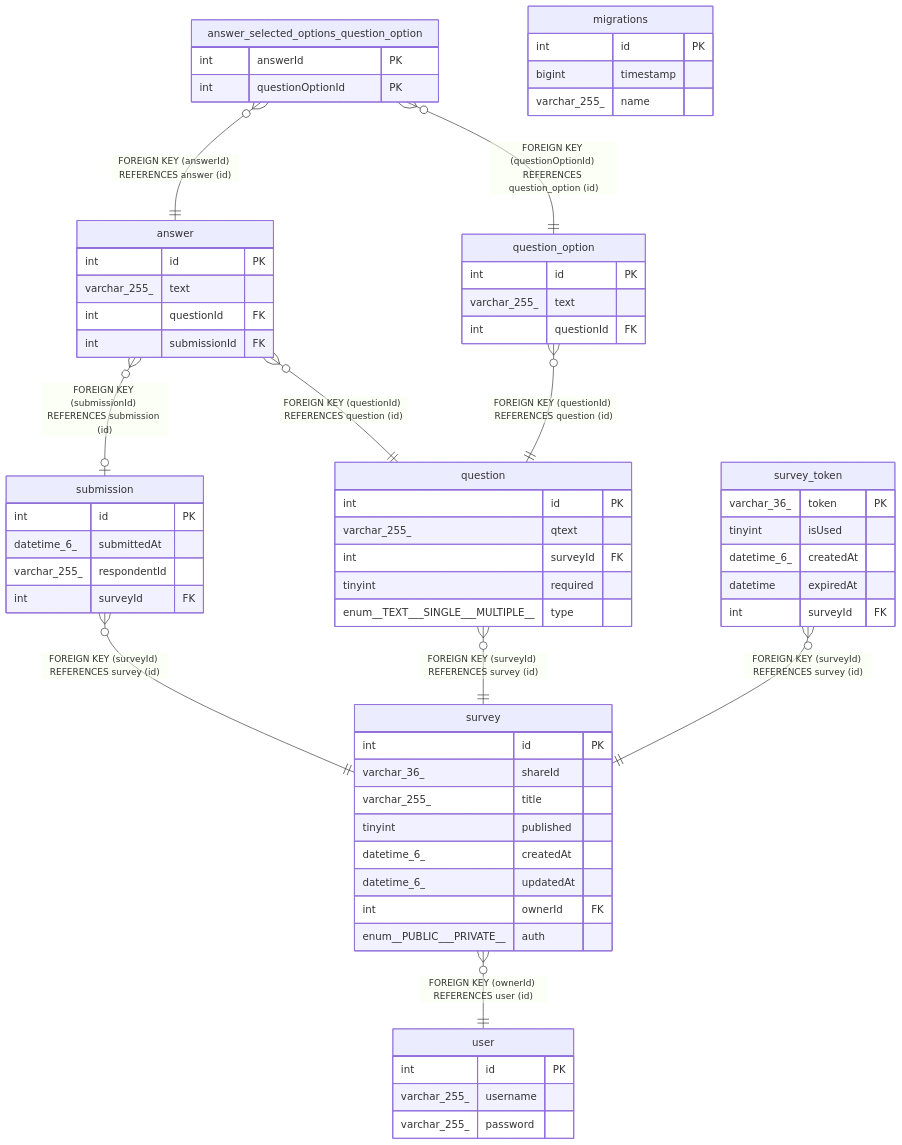
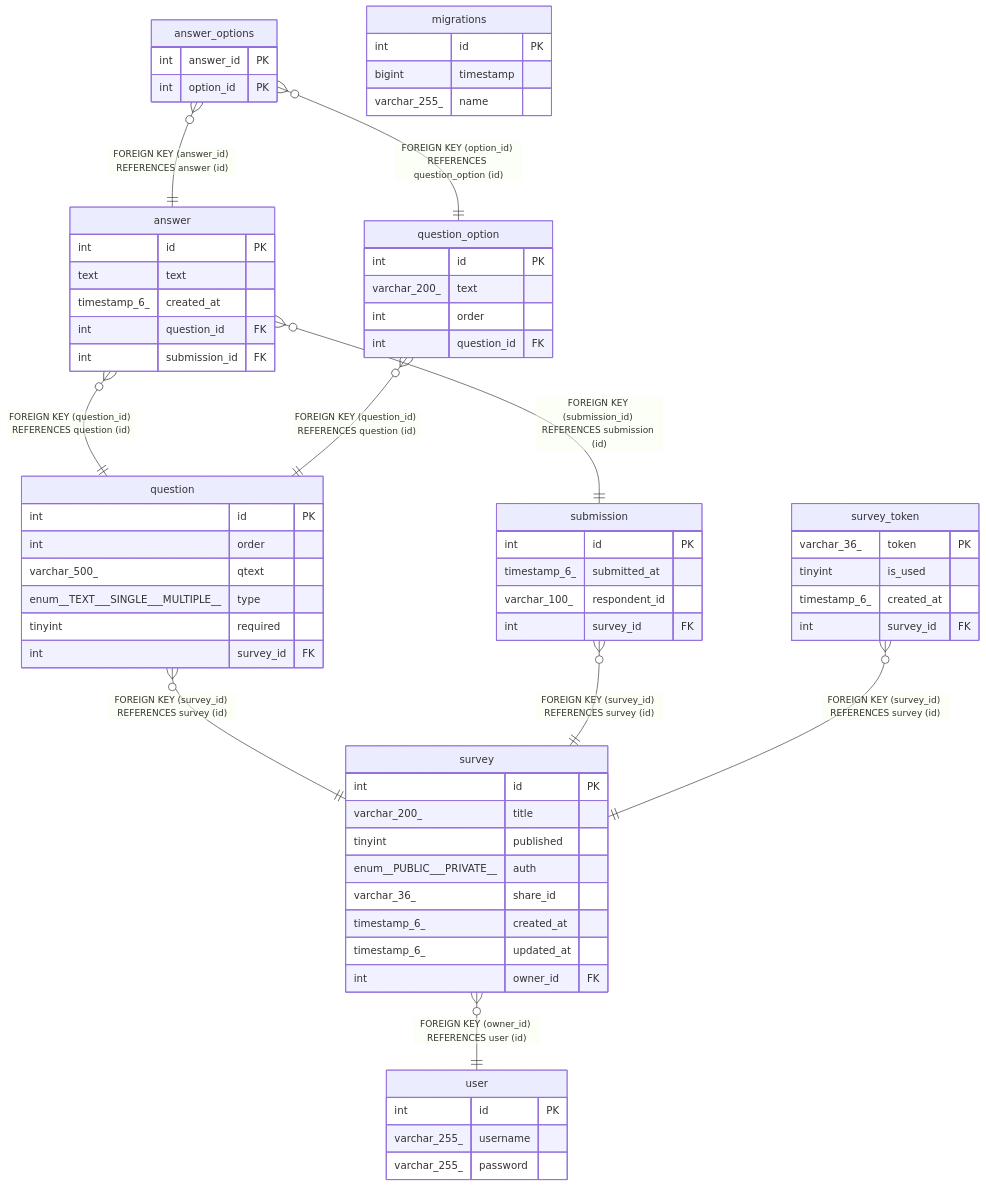
One commit to BepHblVI/First-nest changed the diagram in docs/database/README.md. Above: the diagram before and after it, drawn with Mermaid. The commit also changed other lines of this file and 47 other files, not shown here.

````diff
--- a/docs/database/README.md
+++ b/docs/database/README.md
@@ -19,69 +19,71 @@
 ```mermaid
 erDiagram
 
-"answer" }o--o| "submission" : "FOREIGN KEY (submissionId) REFERENCES submission (id)"
-"answer" }o--|| "question" : "FOREIGN KEY (questionId) REFERENCES question (id)"
-"answer_selected_options_question_option" }o--|| "answer" : "FOREIGN KEY (answerId) REFERENCES answer (id)"
-"answer_selected_options_question_option" }o--|| "question_option" : "FOREIGN KEY (questionOptionId) REFERENCES question_option (id)"
-"question" }o--|| "survey" : "FOREIGN KEY (surveyId) REFERENCES survey (id)"
-"question_option" }o--|| "question" : "FOREIGN KEY (questionId) REFERENCES question (id)"
-"submission" }o--|| "survey" : "FOREIGN KEY (surveyId) REFERENCES survey (id)"
-"survey" }o--|| "user" : "FOREIGN KEY (ownerId) REFERENCES user (id)"
-"survey_token" }o--|| "survey" : "FOREIGN KEY (surveyId) REFERENCES survey (id)"
+"answer" }o--|| "submission" : "FOREIGN KEY (submission_id) REFERENCES submission (id)"
+"answer" }o--|| "question" : "FOREIGN KEY (question_id) REFERENCES question (id)"
+"answer_options" }o--|| "question_option" : "FOREIGN KEY (option_id) REFERENCES question_option (id)"
+"answer_options" }o--|| "answer" : "FOREIGN KEY (answer_id) REFERENCES answer (id)"
+"question" }o--|| "survey" : "FOREIGN KEY (survey_id) REFERENCES survey (id)"
+"question_option" }o--|| "question" : "FOREIGN KEY (question_id) REFERENCES question (id)"
+"submission" }o--|| "survey" : "FOREIGN KEY (survey_id) REFERENCES survey (id)"
+"survey" }o--|| "user" : "FOREIGN KEY (owner_id) REFERENCES user (id)"
+"survey_token" }o--|| "survey" : "FOREIGN KEY (survey_id) REFERENCES survey (id)"
 
 "answer" {
   int id PK
-  varchar_255_ text
-  int questionId FK
-  int submissionId FK
+  text text
+  timestamp_6_ created_at
+  int question_id FK
+  int submission_id FK
 }
-"answer_selected_options_question_option" {
-  int answerId PK
-  int questionOptionId PK
+"answer_options" {
+  int answer_id PK
+  int option_id PK
 }
 "migrations" {
   int id PK
   bigint timestamp
   varchar_255_ name
 }
 "question" {
   int id PK
-  varchar_255_ qtext
-  int surveyId FK
+  int order
+  varchar_500_ qtext
+  enum__TEXT___SINGLE___MULTIPLE__ type
   tinyint required
-  enum__TEXT___SINGLE___MULTIPLE__ type
+  int survey_id FK
 }
 "question_option" {
   int id PK
-  varchar_255_ text
-  int questionId FK
+  varchar_200_ text
+  int order
+  int question_id FK
 }
 "submission" {
   int id PK
-  datetime_6_ submittedAt
-  varchar_255_ respondentId
-  int surveyId FK
+  timestamp_6_ submitted_at
+  varchar_100_ respondent_id
+  int survey_id FK
 }
 "survey" {
   int id PK
-  varchar_36_ shareId
-  varchar_255_ title
+  varchar_200_ title
   tinyint published
-  datetime_6_ createdAt
-  datetime_6_ updatedAt
-  int ownerId FK
   enum__PUBLIC___PRIVATE__ auth
+  varchar_36_ share_id
+  timestamp_6_ created_at
+  timestamp_6_ updated_at
+  int owner_id FK
 }
 "survey_token" {
   varchar_36_ token PK
-  tinyint isUsed
-  datetime_6_ createdAt
-  datetime expiredAt
-  int surveyId FK
+  tinyint is_used
+  timestamp_6_ created_at
+  int survey_id FK
 }
 "user" {
   int id PK
   varchar_255_ username
   varchar_255_ password
 }
 ```
````
